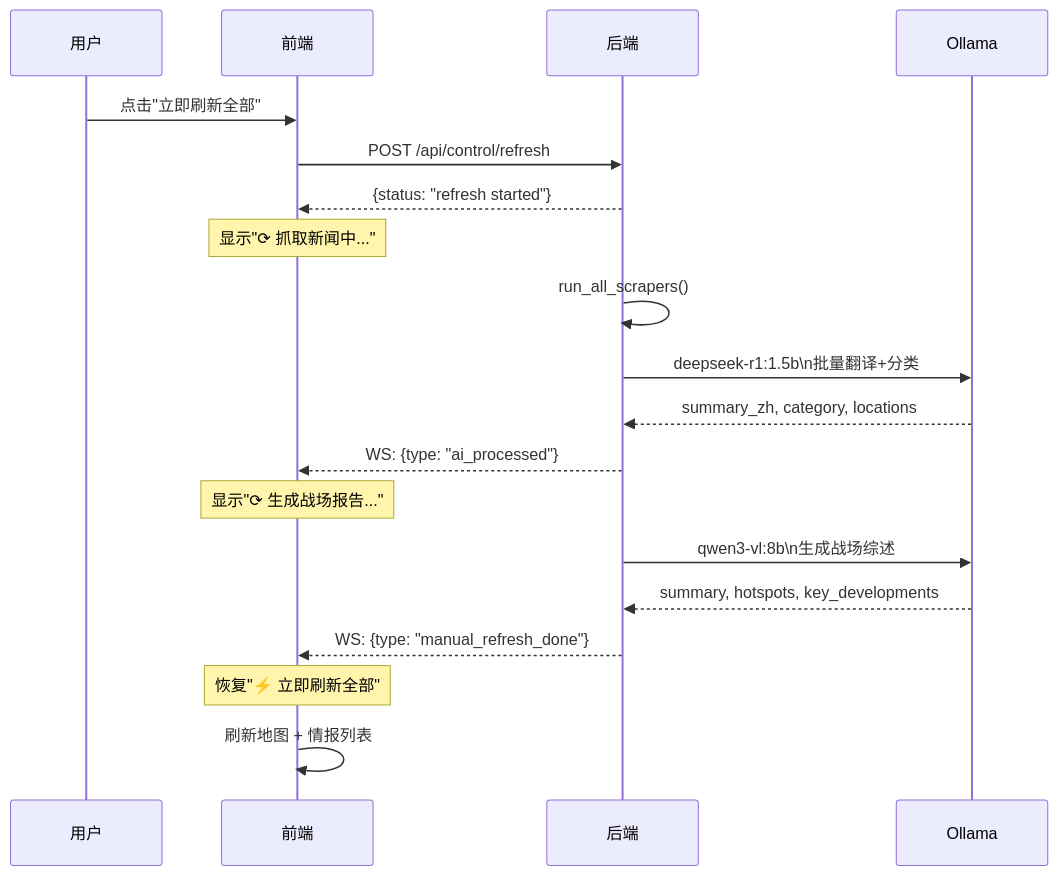
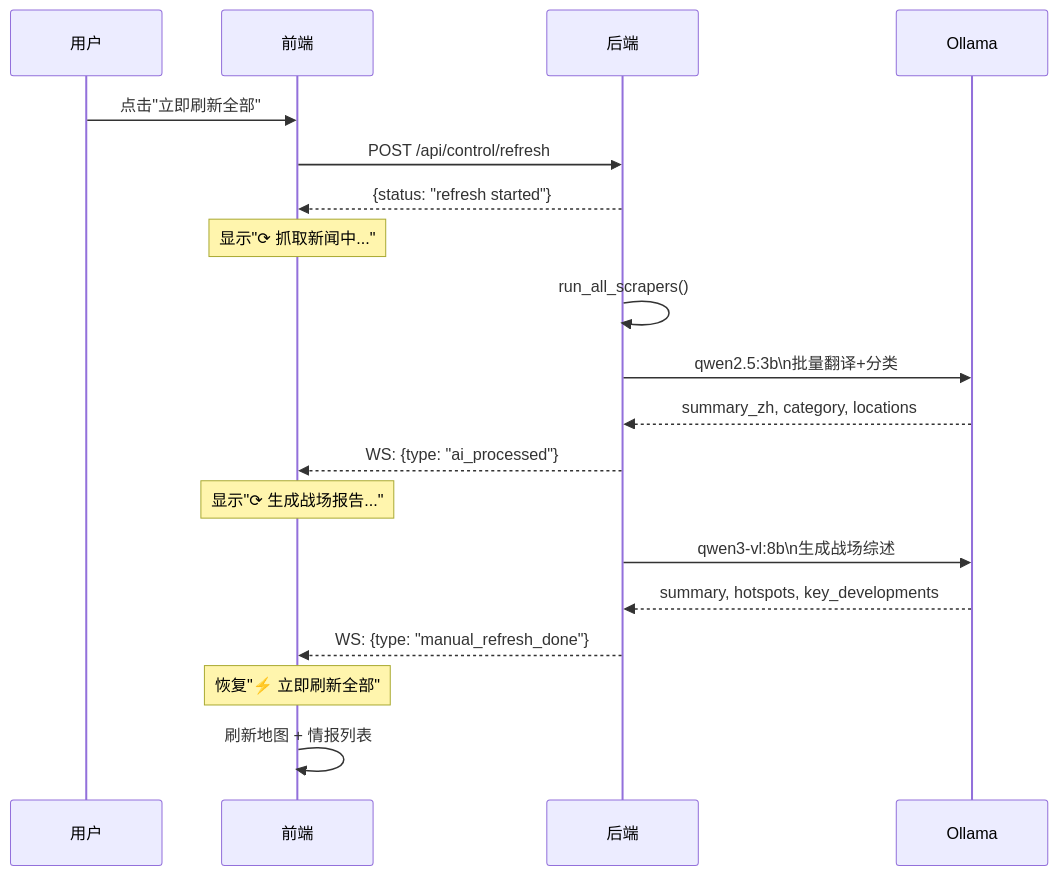
One commit to TigerYY/Boshi2026 changed the second of 2 diagrams in docs/BOSHI_SYSTEM_DOCS.md. Above: the diagram before and after it, drawn with Mermaid. The commit also changed other lines of this file and 12 other files, not shown here.

Commit message:
chore: optimize ollama concurrency via dual semaphores and 30m keep_alive, replace deepseek with qwen2.5, add scraper anti-bot jitter/ua

````diff
--- a/docs/BOSHI_SYSTEM_DOCS.md
+++ b/docs/BOSHI_SYSTEM_DOCS.md
@@ -118,24 +118,24 @@
 ```mermaid
 sequenceDiagram
     participant U as 用户
     participant FE as 前端
     participant BE as 后端
     participant OLLAMA as Ollama
 
     U->>FE: 点击"立即刷新全部"
     FE->>BE: POST /api/control/refresh
     BE-->>FE: {status: "refresh started"}
     Note over FE: 显示"⟳ 抓取新闻中..."
 
     BE->>BE: run_all_scrapers()
-    BE->>OLLAMA: deepseek-r1:1.5b\n批量翻译+分类
+    BE->>OLLAMA: qwen2.5:3b\n批量翻译+分类
     OLLAMA-->>BE: summary_zh, category, locations
     BE-->>FE: WS: {type: "ai_processed"}
     Note over FE: 显示"⟳ 生成战场报告..."
 
     BE->>OLLAMA: qwen3-vl:8b\n生成战场综述
     OLLAMA-->>BE: summary, hotspots, key_developments
     BE-->>FE: WS: {type: "manual_refresh_done"}
     Note over FE: 恢复"⚡ 立即刷新全部"
     FE->>FE: 刷新地图 + 情报列表
 ```
````
